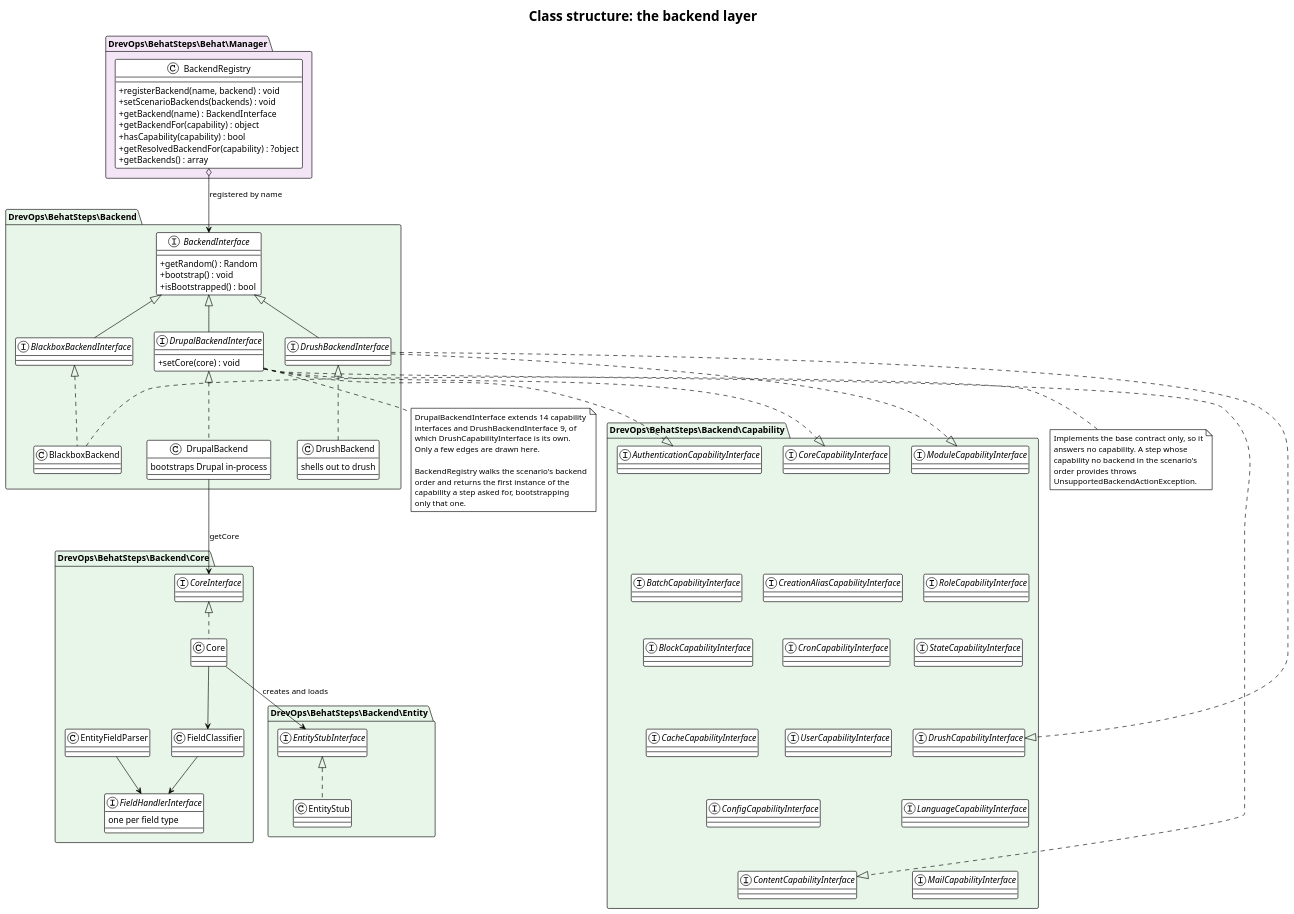
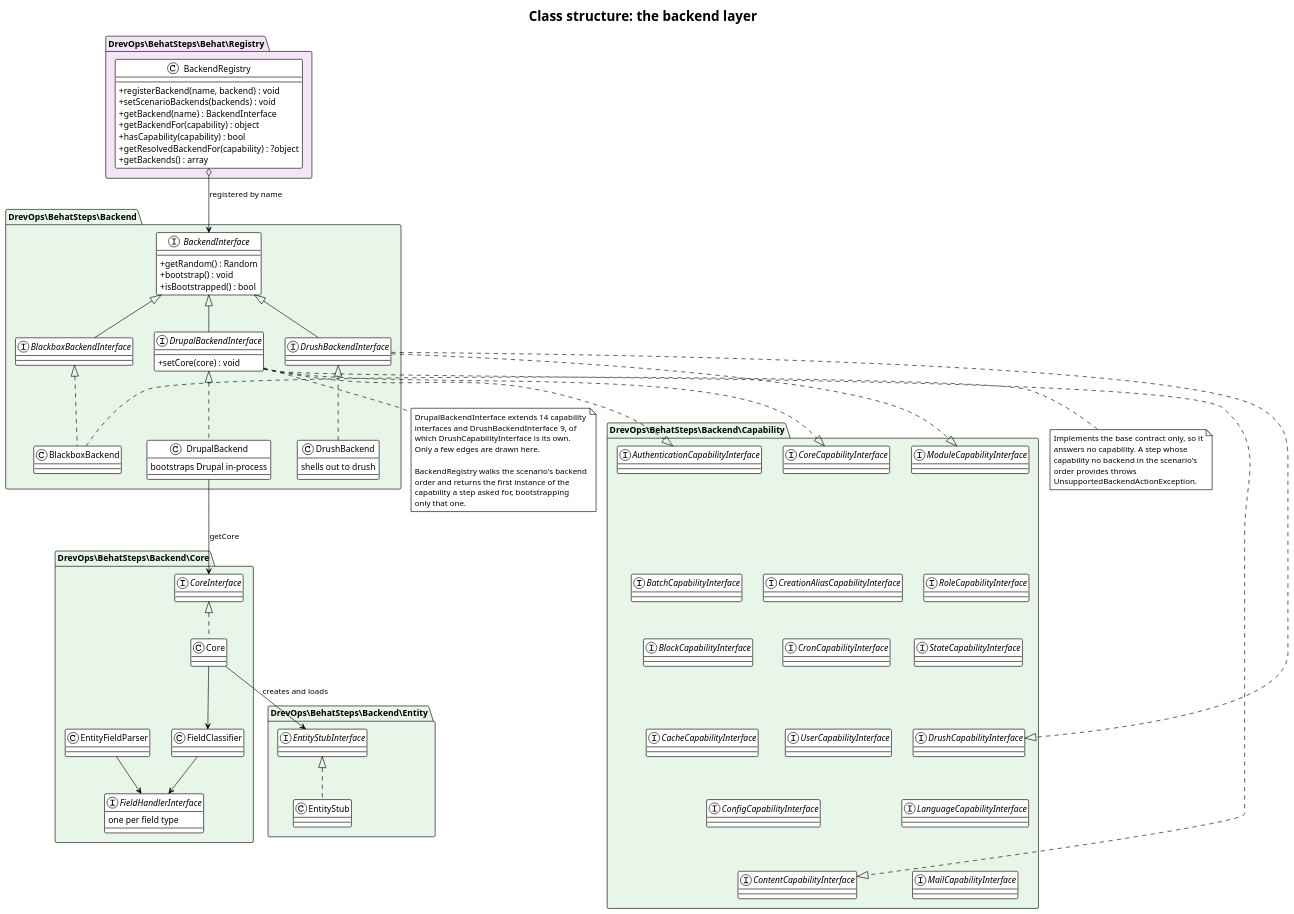
The diagram in docs/architecture/class-backends.puml (drevops/behat-steps), drawn with PlantUML before and after one commit. The commit also changed 10 other files, not shown here.

Commit message:
[#915] Regenerated the architecture docs and diagrams for the 'Behat\Registry' and 'Behat\Auth' namespaces.

```diff
--- a/docs/architecture/class-backends.puml
+++ b/docs/architecture/class-backends.puml
@@ -1,145 +1,145 @@
 @startuml
 ' drevops/behat-steps - the Behat-free backend layer and its capability model.
 ' Traced from src/Backend/BackendInterface.php, DrupalBackendInterface.php,
 ' DrushBackendInterface.php, BlackboxBackendInterface.php, DrupalBackend.php,
 ' DrushBackend.php, BlackboxBackend.php, src/Backend/Capability/,
-' src/Backend/Core/, src/Backend/Entity/, src/Behat/Manager/BackendRegistry.php,
-' scripts/lint-layers.php.
+' src/Backend/Core/, src/Backend/Entity/,
+' src/Behat/Registry/BackendRegistry.php, scripts/lint-layers.php.
 ' Regenerate every SVG with:  plantuml -tsvg docs/architecture/*.puml
 !theme plain
 skinparam backgroundColor white
 skinparam defaultFontName Helvetica
 skinparam shadowing false
 skinparam classAttributeIconSize 0
 title Class structure: the backend layer
 
-package "DrevOps\\BehatSteps\\Behat\\Manager" #F3E5F5 {
+package "DrevOps\\BehatSteps\\Behat\\Registry" #F3E5F5 {
   class BackendRegistry {
     +registerBackend(name, backend) : void
     +setScenarioBackends(backends) : void
     +getBackend(name) : BackendInterface
     +getBackendFor(capability) : object
     +hasCapability(capability) : bool
     +getResolvedBackendFor(capability) : ?object
     +getBackends() : array
   }
 }
 
 package "DrevOps\\BehatSteps\\Backend" #E8F5E9 {
 
   interface BackendInterface {
     +getRandom() : Random
     +bootstrap() : void
     +isBootstrapped() : bool
   }
 
   interface BlackboxBackendInterface
   interface DrupalBackendInterface {
     +setCore(core) : void
   }
   interface DrushBackendInterface
 
   class BlackboxBackend
   class DrupalBackend {
     bootstraps Drupal in-process
   }
   class DrushBackend {
     shells out to drush
   }
 
   BackendInterface <|-- BlackboxBackendInterface
   BackendInterface <|-- DrupalBackendInterface
   BackendInterface <|-- DrushBackendInterface
 
   BlackboxBackendInterface <|.. BlackboxBackend
   DrupalBackendInterface <|.. DrupalBackend
   DrushBackendInterface <|.. DrushBackend
 }
 
 package "DrevOps\\BehatSteps\\Backend\\Capability" #E8F5E9 {
   interface AuthenticationCapabilityInterface
   interface BatchCapabilityInterface
   interface BlockCapabilityInterface
   interface CacheCapabilityInterface
   interface ConfigCapabilityInterface
   interface ContentCapabilityInterface
   interface CoreCapabilityInterface
   interface CreationAliasCapabilityInterface
   interface CronCapabilityInterface
   interface DrushCapabilityInterface
   interface LanguageCapabilityInterface
   interface MailCapabilityInterface
   interface ModuleCapabilityInterface
   interface RoleCapabilityInterface
   interface StateCapabilityInterface
   interface UserCapabilityInterface
 
   AuthenticationCapabilityInterface -[hidden]down- BatchCapabilityInterface
   BatchCapabilityInterface -[hidden]down- BlockCapabilityInterface
   BlockCapabilityInterface -[hidden]down- CacheCapabilityInterface
   CacheCapabilityInterface -[hidden]down- ConfigCapabilityInterface
   ConfigCapabilityInterface -[hidden]down- ContentCapabilityInterface
 
   CoreCapabilityInterface -[hidden]down- CreationAliasCapabilityInterface
   CreationAliasCapabilityInterface -[hidden]down- CronCapabilityInterface
   CronCapabilityInterface -[hidden]down- DrushCapabilityInterface
   DrushCapabilityInterface -[hidden]down- LanguageCapabilityInterface
   LanguageCapabilityInterface -[hidden]down- MailCapabilityInterface
 
   ModuleCapabilityInterface -[hidden]down- RoleCapabilityInterface
   RoleCapabilityInterface -[hidden]down- StateCapabilityInterface
   StateCapabilityInterface -[hidden]down- UserCapabilityInterface
 }
 
 package "DrevOps\\BehatSteps\\Backend\\Core" #E8F5E9 {
   interface CoreInterface
   class Core
   interface FieldHandlerInterface {
     one per field type
   }
   class FieldClassifier
   class EntityFieldParser
 
   CoreInterface <|.. Core
   Core --> FieldClassifier
   FieldClassifier --> FieldHandlerInterface
   EntityFieldParser --> FieldHandlerInterface
 }
 
 package "DrevOps\\BehatSteps\\Backend\\Entity" #E8F5E9 {
   interface EntityStubInterface
   class EntityStub
   EntityStubInterface <|.. EntityStub
 }
 
 BackendRegistry o--> BackendInterface : registered by name
 
 DrupalBackendInterface ..|> AuthenticationCapabilityInterface
 DrupalBackendInterface ..|> ContentCapabilityInterface
 DrupalBackendInterface ..|> CoreCapabilityInterface
 DrushBackendInterface ..|> DrushCapabilityInterface
 DrushBackendInterface ..|> ModuleCapabilityInterface
 
 DrupalBackend --> CoreInterface : getCore
 Core --> EntityStubInterface : creates and loads
 
 note right of BlackboxBackend
   Implements the base contract only, so it
   answers no capability. A step whose
   capability no backend in the scenario's
   order provides throws
   UnsupportedBackendActionException.
 end note
 
 note bottom of DrupalBackendInterface
   DrupalBackendInterface extends 14 capability
   interfaces and DrushBackendInterface 9, of
   which DrushCapabilityInterface is its own.
   Only a few edges are drawn here.
 
   BackendRegistry walks the scenario's backend
   order and returns the first instance of the
   capability a step asked for, bootstrapping
   only that one.
 end note
 @enduml
```
